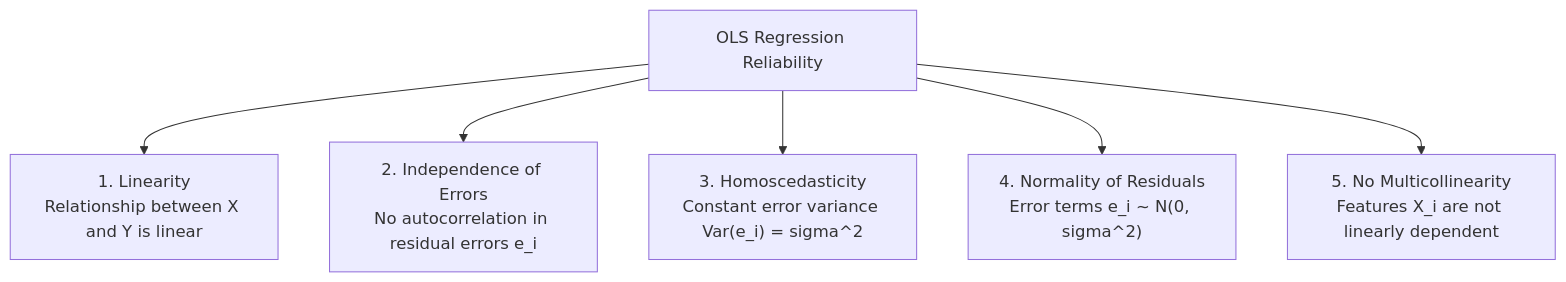
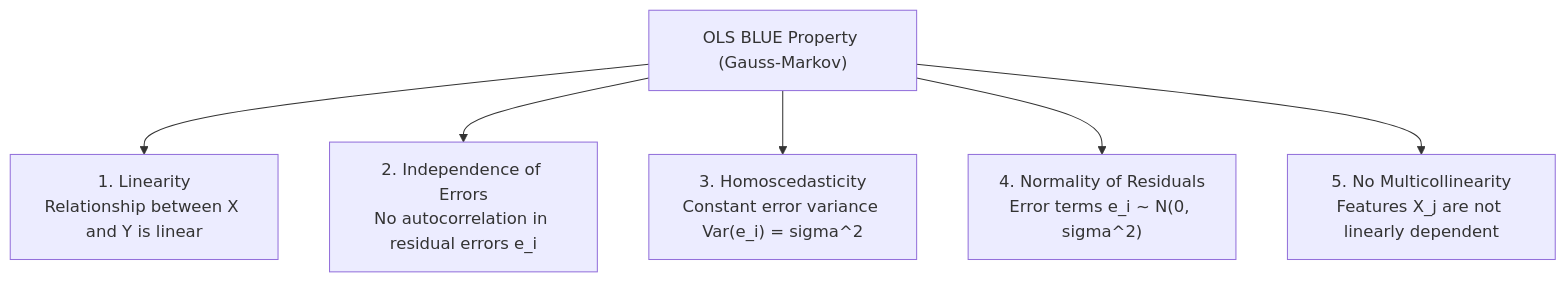
Before and after one commit to xrcodexcode/xr_node: the first of 2 diagrams in 01_RAW/PROCESS/learn-core-machine-learning-part-09.md, drawn with Mermaid. The commit also changed other lines of this file and 15 other files, not shown here.

````diff
--- a/01_RAW/PROCESS/learn-core-machine-learning-part-09.md
+++ b/01_RAW/PROCESS/learn-core-machine-learning-part-09.md
@@ -46,8 +46,8 @@
 ```mermaid
 flowchart TD
-    OLS["OLS Regression Reliability"] --> A1["1. Linearity<br/>Relationship between X and Y is linear"]
+    OLS["OLS BLUE Property (Gauss-Markov)"] --> A1["1. Linearity<br/>Relationship between X and Y is linear"]
     OLS --> A2["2. Independence of Errors<br/>No autocorrelation in residual errors e_i"]
     OLS --> A3["3. Homoscedasticity<br/>Constant error variance Var(e_i) = sigma^2"]
     OLS --> A4["4. Normality of Residuals<br/>Error terms e_i ~ N(0, sigma^2)"]
-    OLS --> A5["5. No Multicollinearity<br/>Features X_i are not linearly dependent"]
+    OLS --> A5["5. No Multicollinearity<br/>Features X_j are not linearly dependent"]
 ```
````
